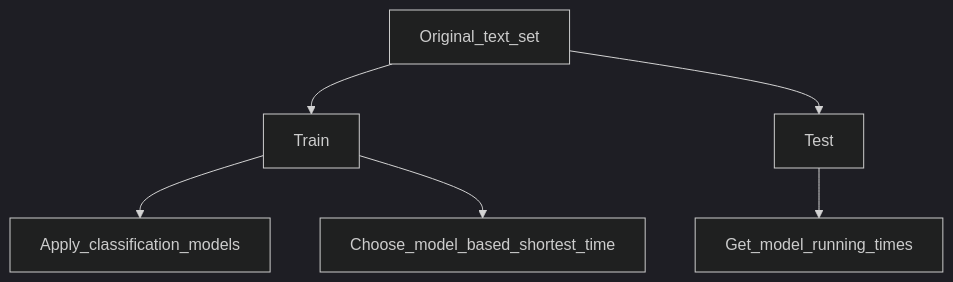
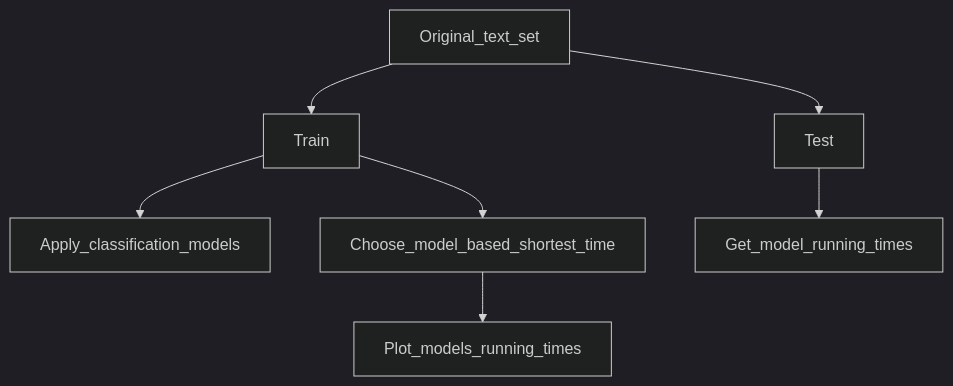
The diagram in README.md (Pablo-source/Text_classification_model), drawn with Mermaid (dark theme) before and after one commit.

Commit message:
Update README.md
Update

````diff
--- a/README.md
+++ b/README.md
@@ -61,8 +61,9 @@
 ```mermaid
 graph TD;
     Original_text_set-->Train;
     Original_text_set-->Test;
     Train-->Apply_classification_models;
     Test-->Get_model_running_times;
     Train --> Choose_model_based_shortest_time;
+    Choose_model_based_shortest_time --> Plot_models_running_times;
 ```
````
